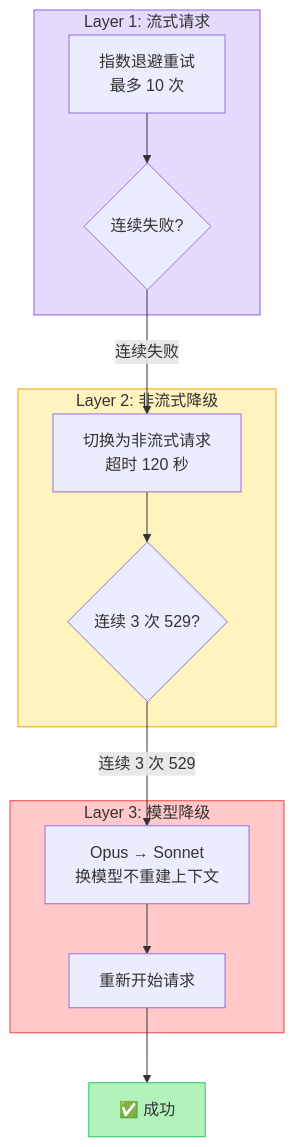
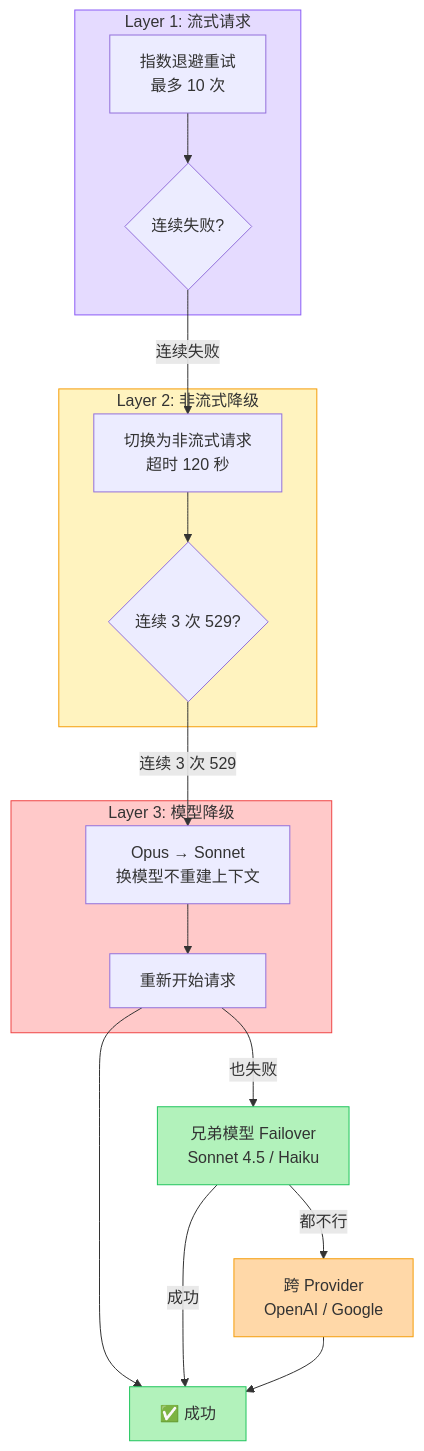
The diagram in cases/07-three-layer-degradation/diagram.mmd (caosiwei97/agent-loop-demo), drawn with Mermaid before and after one commit. The commit also changed 27 other files, not shown here.

```diff
--- a/cases/07-three-layer-degradation/diagram.mmd
+++ b/cases/07-three-layer-degradation/diagram.mmd
@@ -1,28 +1,34 @@
 graph TB
     subgraph Layer1["Layer 1: 流式请求"]
         L1A["指数退避重试<br/>最多 10 次"]
         L1B{"连续失败?"}
         L1A --> L1B
     end
 
     subgraph Layer2["Layer 2: 非流式降级"]
         L2A["切换为非流式请求<br/>超时 120 秒"]
         L2B{"连续 3 次 529?"}
         L2A --> L2B
     end
 
     subgraph Layer3["Layer 3: 模型降级"]
         L3A["Opus → Sonnet<br/>换模型不重建上下文"]
         L3A2["重新开始请求"]
         L3A --> L3A2
     end
 
     L1B -->|"连续失败"| L2A
     L2B -->|"连续 3 次 529"| L3A
 
     L3A2 --> SUCCESS["✅ 成功"]
+    L3A2 -->|"也失败"| FAILOVER["兄弟模型 Failover<br/>Sonnet 4.5 / Haiku"]
+    FAILOVER -->|"成功"| SUCCESS
+    FAILOVER -->|"都不行"| CROSS["跨 Provider<br/>OpenAI / Google"]
+    CROSS --> SUCCESS
 
     style Layer1 fill:#e5dbff,stroke:#8b5cf6
     style Layer2 fill:#fff3bf,stroke:#f59e0b
     style Layer3 fill:#ffc9c9,stroke:#ef4444
     style SUCCESS fill:#b2f2bb,stroke:#22c55e
+    style FAILOVER fill:#b2f2bb,stroke:#22c55e
+    style CROSS fill:#ffd8a8,stroke:#f59e0b
```
